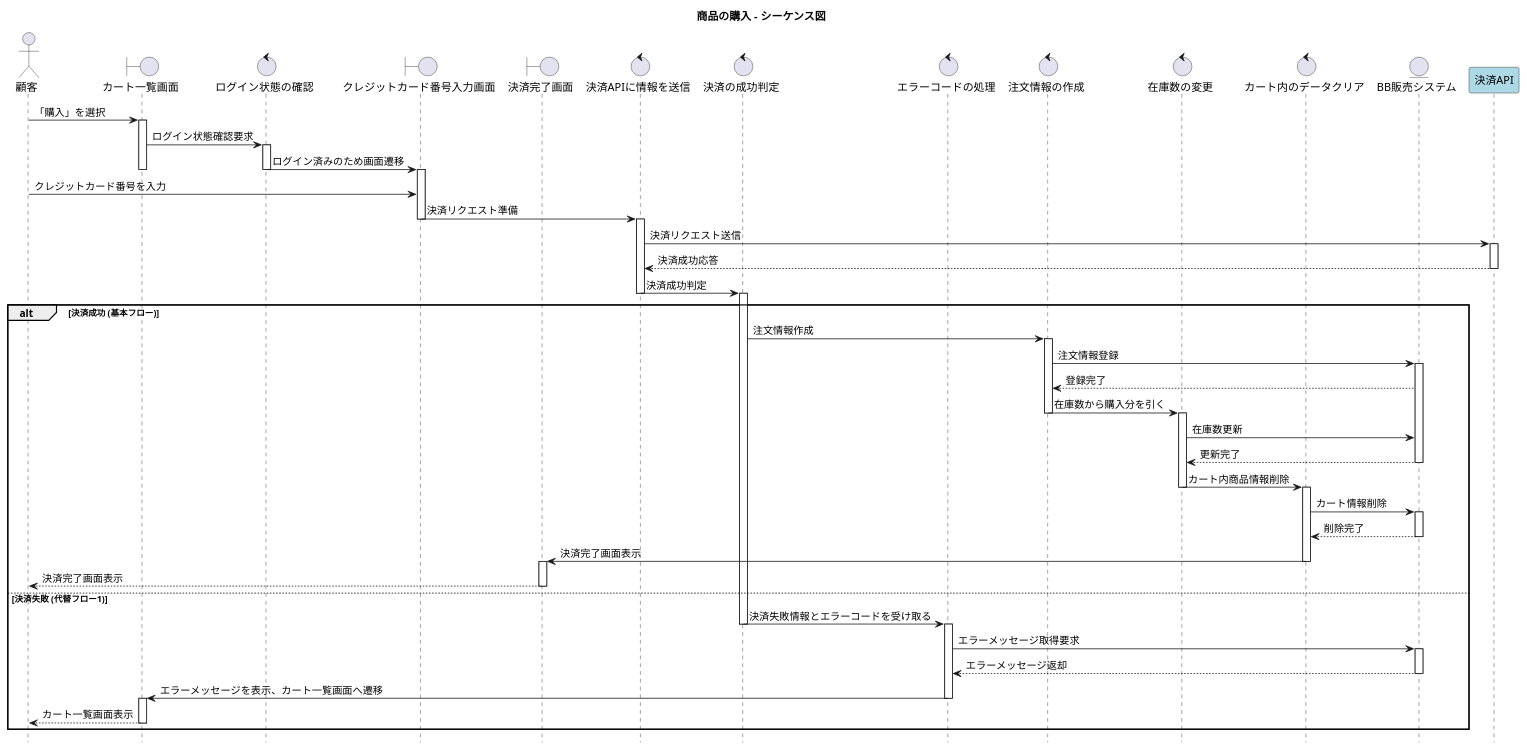
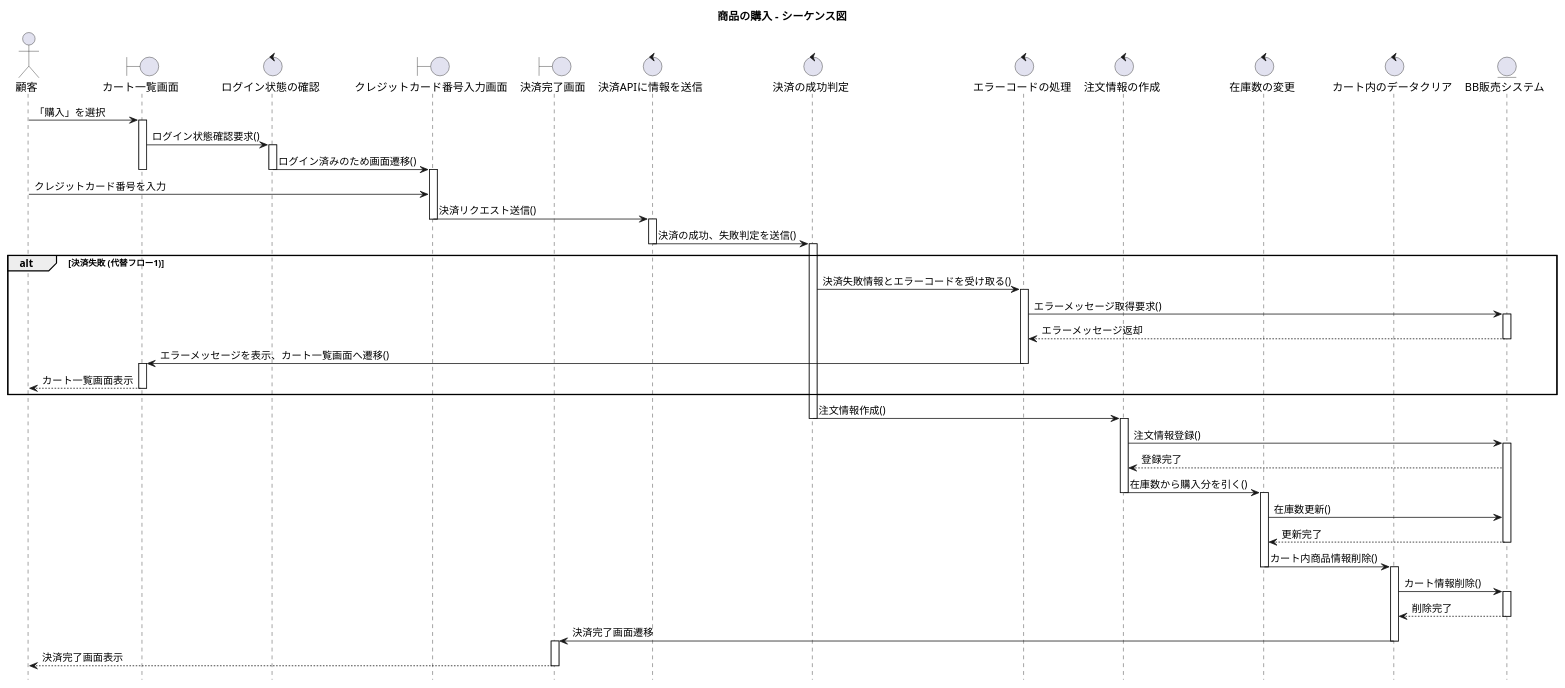
The diagram in BB/sequence_purchase.pu (FujikawaHirono0520/group3_1_dogdog), drawn with PlantUML before and after one commit.

Commit message:
購入　シーケンス

```diff
--- a/BB/sequence_purchase.pu
+++ b/BB/sequence_purchase.pu
@@ -1,90 +1,82 @@
 @startuml
 title 商品の購入 - シーケンス図
 
 hide footbox
-' 参加者の定義 (順序変更: 顧客 -> カート一覧画面 -> ログイン状態確認...)
+
 actor 顧客
 boundary "カート一覧画面" as CartView
 control "ログイン状態の確認" as LoginCheck 
 boundary "クレジットカード番号入力画面" as CardInputView
 boundary "決済完了画面" as CompleteView
 control "決済APIに情報を送信" as PaymentSend
 control "決済の成功判定" as PaymentResult
 control "エラーコードの処理" as ErrorProcess
 control "注文情報の作成" as CreateOrder
 control "在庫数の変更" as ChangeStock
 control "カート内のデータクリア" as ClearCart
 entity "BB販売システム" as BBSystem
-participant "決済API" as ExternalAPI #LightBlue
 
 顧客 -> CartView : 「購入」を選択
 activate CartView
 
-CartView -> LoginCheck : ログイン状態確認要求
+CartView -> LoginCheck : ログイン状態確認要求()
 activate LoginCheck
-LoginCheck -> CardInputView : ログイン済みのため画面遷移
+LoginCheck -> CardInputView : ログイン済みのため画面遷移()
 deactivate LoginCheck
 deactivate CartView
 activate CardInputView
 
 顧客 -> CardInputView : クレジットカード番号を入力
-CardInputView -> PaymentSend : 決済リクエスト準備
+CardInputView -> PaymentSend : 決済リクエスト送信()
 deactivate CardInputView
 activate PaymentSend
 
-PaymentSend -> ExternalAPI : 決済リクエスト送信
-activate ExternalAPI
-ExternalAPI --> PaymentSend : 決済成功応答
-deactivate ExternalAPI
-
-PaymentSend -> PaymentResult : 決済成功判定
+PaymentSend -> PaymentResult : 決済の成功、失敗判定を送信()
 deactivate PaymentSend
 activate PaymentResult
+alt 決済失敗 (代替フロー1)
+    PaymentResult -> ErrorProcess : 決済失敗情報とエラーコードを受け取る()
+    
+    activate ErrorProcess
+    ErrorProcess -> BBSystem : エラーメッセージ取得要求()
+    activate BBSystem
+    BBSystem --> ErrorProcess : エラーメッセージ返却
+    deactivate BBSystem
 
-alt 決済成功 (基本フロー)
-    PaymentResult -> CreateOrder : 注文情報作成
+    ErrorProcess -> CartView : エラーメッセージを表示、カート一覧画面へ遷移()
+    deactivate ErrorProcess
+    activate CartView
+    
+    CartView --> 顧客 : カート一覧画面表示
+    deactivate CartView
+end
+    PaymentResult -> CreateOrder : 注文情報作成()
+    deactivate PaymentResult
     activate CreateOrder
-    CreateOrder -> BBSystem : 注文情報登録
+    CreateOrder -> BBSystem : 注文情報登録()
     activate BBSystem
     BBSystem --> CreateOrder : 登録完了
 
-    CreateOrder -> ChangeStock : 在庫数から購入分を引く
+    CreateOrder -> ChangeStock : 在庫数から購入分を引く()
     deactivate CreateOrder
     activate ChangeStock
-    ChangeStock -> BBSystem : 在庫数更新
+    ChangeStock -> BBSystem : 在庫数更新()
     BBSystem --> ChangeStock : 更新完了
     deactivate BBSystem
     
-    ChangeStock -> ClearCart : カート内商品情報削除
+    ChangeStock -> ClearCart : カート内商品情報削除()
     deactivate ChangeStock
     activate ClearCart
-    ClearCart -> BBSystem : カート情報削除
+    ClearCart -> BBSystem : カート情報削除()
     activate BBSystem
     BBSystem --> ClearCart : 削除完了
     deactivate BBSystem
-    
-    ClearCart -> CompleteView : 決済完了画面表示
+
+    ClearCart -> CompleteView : 決済完了画面遷移
     deactivate ClearCart
     activate CompleteView
     
     CompleteView --> 顧客 : 決済完了画面表示
     deactivate CompleteView
 
-else 決済失敗 (代替フロー1)
-    PaymentResult -> ErrorProcess : 決済失敗情報とエラーコードを受け取る
-    deactivate PaymentResult
-    activate ErrorProcess
-    ErrorProcess -> BBSystem : エラーメッセージ取得要求
-    activate BBSystem
-    BBSystem --> ErrorProcess : エラーメッセージ返却
-    deactivate BBSystem
-
-    ErrorProcess -> CartView : エラーメッセージを表示、カート一覧画面へ遷移
-    deactivate ErrorProcess
-    activate CartView
-    
-    CartView --> 顧客 : カート一覧画面表示
-    deactivate CartView
-end
-
 @enduml
```
